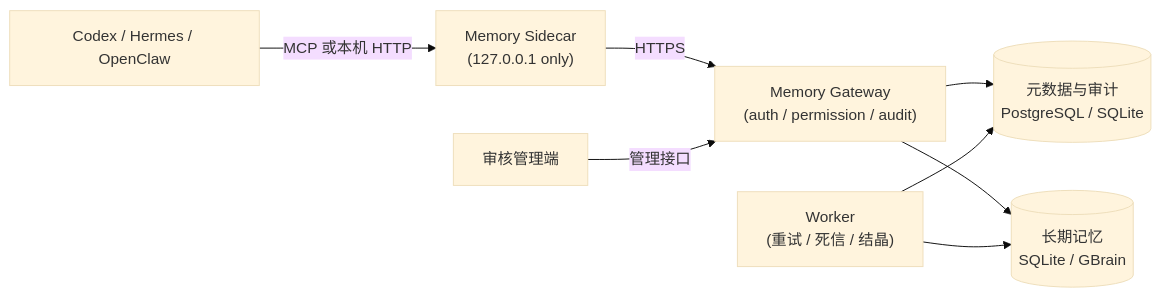
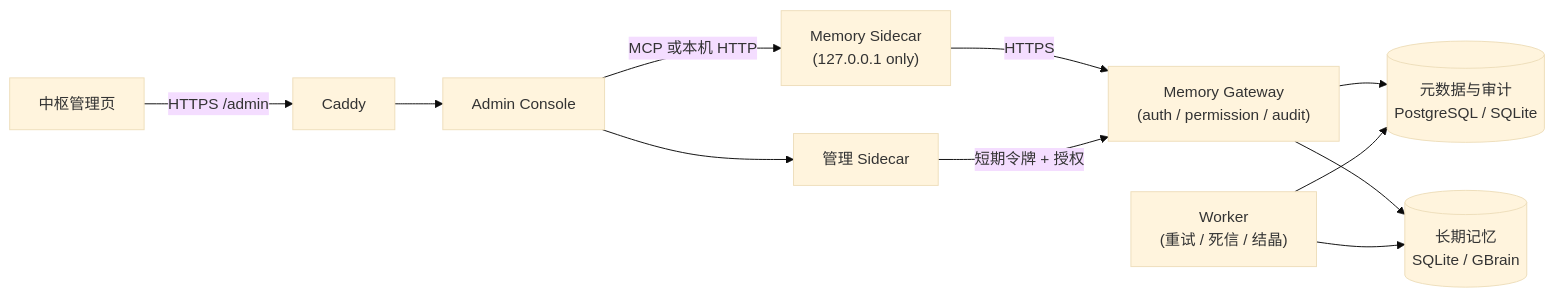
The diagram in README.md (Buildlee/agent-memory-gateway), drawn with Mermaid (base theme) before and after one commit. The commit also changed other lines of this file and 10 other files, not shown here.

Commit message:
feat: add central memory admin console

````diff
--- a/README.md
+++ b/README.md
@@ -58,10 +58,13 @@
 ```mermaid
 flowchart LR
   A["Codex / Hermes / OpenClaw"] -->|MCP 或本机 HTTP| S["Memory Sidecar<br/>(127.0.0.1 only)"]
   S -->|HTTPS| G["Memory Gateway<br/>(auth / permission / audit)"]
   G --> M[("元数据与审计<br/>PostgreSQL / SQLite")]
   G --> B[("长期记忆<br/>SQLite / GBrain")]
   W["Worker<br/>(重试 / 死信 / 结晶)"] --> M
   W --> B
-  R["审核管理端"] -->|管理接口| G
+  R["中枢管理页"] -->|"HTTPS /admin"| P["Caddy"]
+  P --> A["Admin Console"]
+  A --> AS["管理 Sidecar"]
+  AS -->|"短期令牌 + 授权"| G
 ```
````
